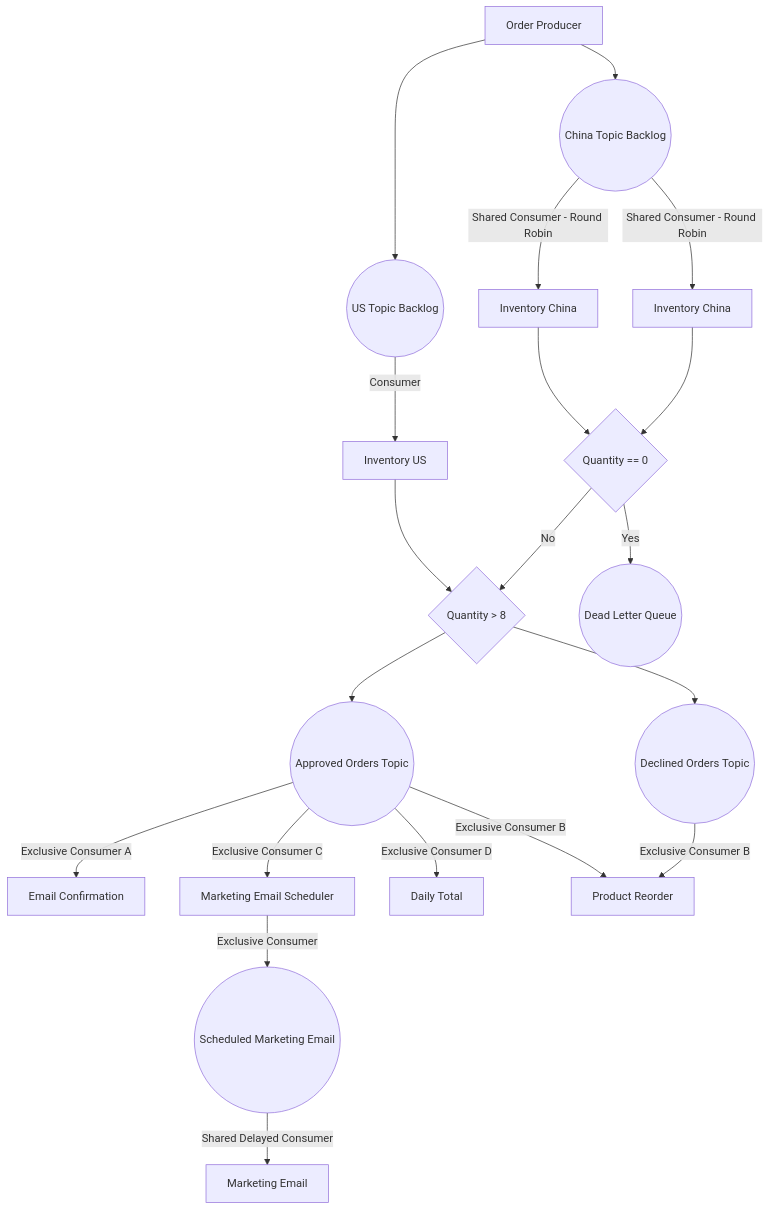
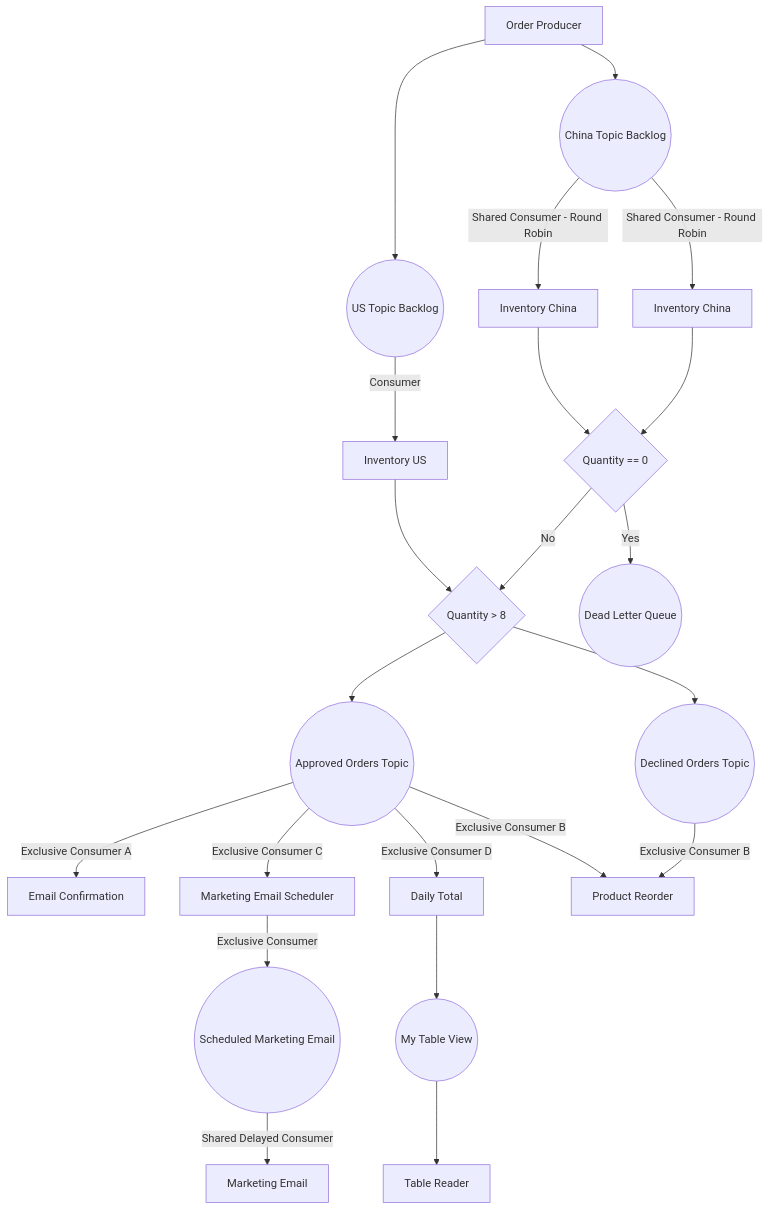
Before and after one commit to Filipe1986/pulsar: the first of 2 diagrams in PulsarClassFiles/Developer-Training/README.md, drawn with Mermaid. The commit also changed 12 other files, not shown here.

````diff
--- a/PulsarClassFiles/Developer-Training/README.md
+++ b/PulsarClassFiles/Developer-Training/README.md
@@ -4,29 +4,32 @@
 ```mermaid
 graph TD;
     OrderProducer[Order Producer] -->  BackLogChina((China Topic Backlog))
     OrderProducer[Order Producer] -->  BackLogUS((US Topic Backlog))
 
     BackLogChina((China Topic Backlog)) --> |Shared Consumer - Round Robin| InventoryChinaA[Inventory China]
     BackLogChina((China Topic Backlog)) --> |Shared Consumer - Round Robin| InventoryChinaB[Inventory China]
     BackLogUS((US Topic Backlog)) --> |Consumer| InventoryUS[Inventory US]
 
     InventoryUS --> isBiggerThan8{Quantity > 8}
 
     InventoryChinaA --> isInvalid{Quantity == 0}
     InventoryChinaB --> isInvalid
     
     isInvalid --> |No| isBiggerThan8
     isInvalid --> |Yes| DLQ((Dead Letter Queue))
 
     isBiggerThan8 --> Approved((Approved Orders Topic))
     isBiggerThan8 --> Declined((Declined Orders Topic))
 
     Approved --> |Exclusive Consumer A| EmailConfirmation[Email Confirmation]
     Approved --> |Exclusive Consumer C| MarketingEmailScheduler[Marketing Email Scheduler ]
     Approved --> |Exclusive Consumer D| DailyTotal[Daily Total]
 
     Approved --> |Exclusive Consumer B| ProductReorder[Product Reorder]
     Declined --> |Exclusive Consumer B| ProductReorder[Product Reorder]
     MarketingEmailScheduler --> |Exclusive Consumer| ScheduledMarketingEmail((Scheduled Marketing Email))
     ScheduledMarketingEmail --> |Shared Delayed Consumer| MarketingEmail[Marketing Email]
+    DailyTotal --> MyTableView((My Table View))
+    MyTableView -->  TableReader[Table Reader]
+
 ```
````
